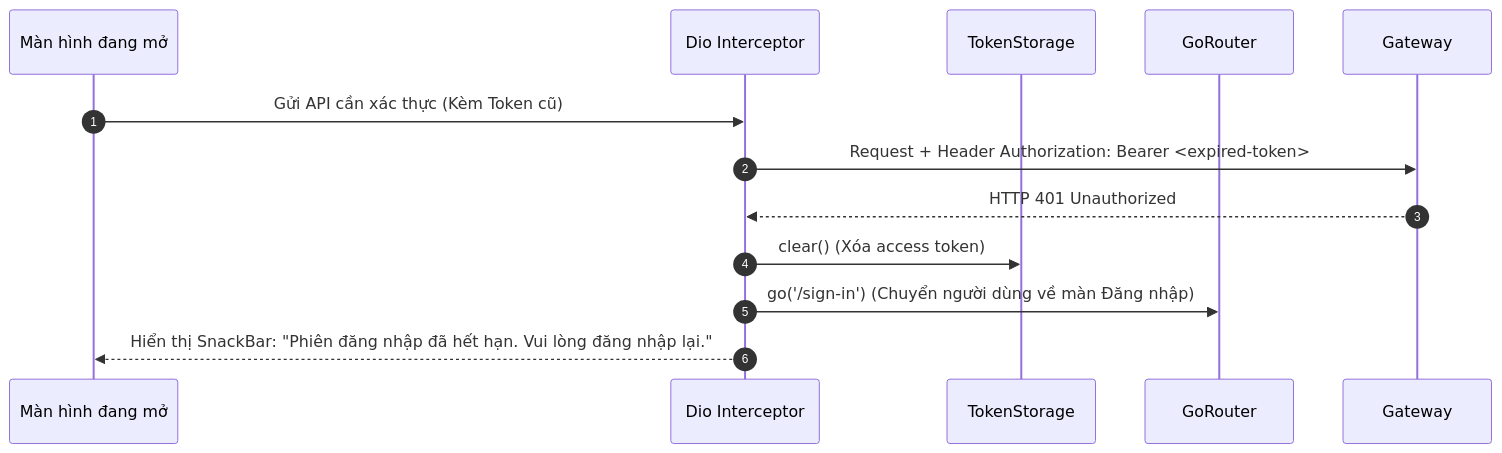
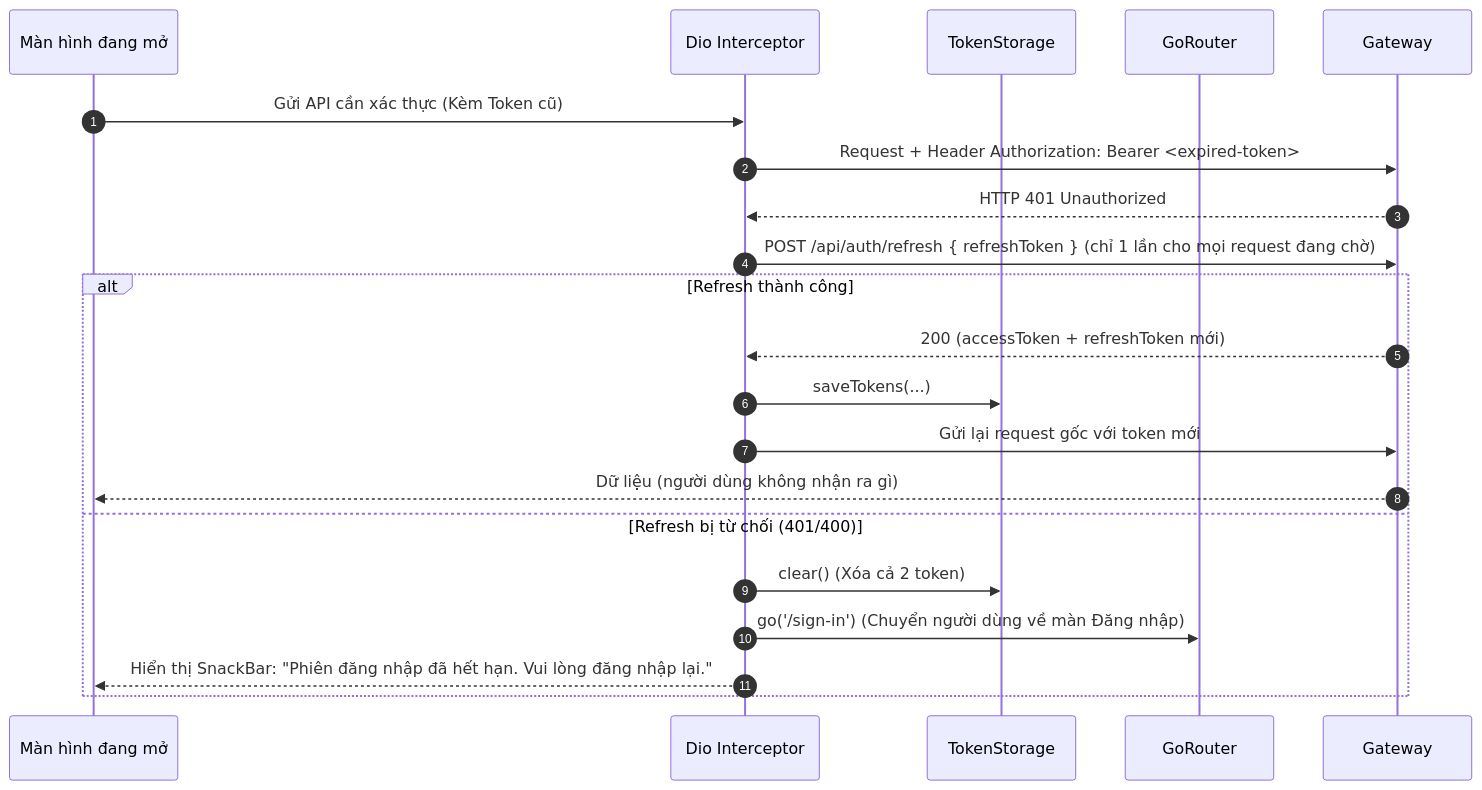
The second of 4 diagrams in docs/03-System-Flows-And-Contracts.md (Trunguyen104/joyleebook_mobile), drawn with Mermaid before and after one commit. The commit also changed other lines of this file and 38 other files, not shown here.

First line of the commit message:
feat: add sign-in, sign-up, sign-out and move all navigation to GoRouter

````diff
--- a/docs/03-System-Flows-And-Contracts.md
+++ b/docs/03-System-Flows-And-Contracts.md
@@ -55,16 +55,24 @@
 ```mermaid
 sequenceDiagram
     autonumber
     participant UI as Màn hình đang mở
     participant Dio as Dio Interceptor
     participant SecStore as TokenStorage
     participant Router as GoRouter
     participant GW as Gateway
 
     UI->>Dio: Gửi API cần xác thực (Kèm Token cũ)
     Dio->>GW: Request + Header Authorization: Bearer <expired-token>
     GW-->>Dio: HTTP 401 Unauthorized
-    Dio->>SecStore: clear() (Xóa access token)
-    Dio->>Router: go('/sign-in') (Chuyển người dùng về màn Đăng nhập)
-    Dio-->>UI: Hiển thị SnackBar: "Phiên đăng nhập đã hết hạn. Vui lòng đăng nhập lại."
+    Dio->>GW: POST /api/auth/refresh { refreshToken } (chỉ 1 lần cho mọi request đang chờ)
+    alt Refresh thành công
+        GW-->>Dio: 200 (accessToken + refreshToken mới)
+        Dio->>SecStore: saveTokens(...)
+        Dio->>GW: Gửi lại request gốc với token mới
+        GW-->>UI: Dữ liệu (người dùng không nhận ra gì)
+    else Refresh bị từ chối (401/400)
+        Dio->>SecStore: clear() (Xóa cả 2 token)
+        Dio->>Router: go('/sign-in') (Chuyển người dùng về màn Đăng nhập)
+        Dio-->>UI: Hiển thị SnackBar: "Phiên đăng nhập đã hết hạn. Vui lòng đăng nhập lại."
+    end
 ```
````
